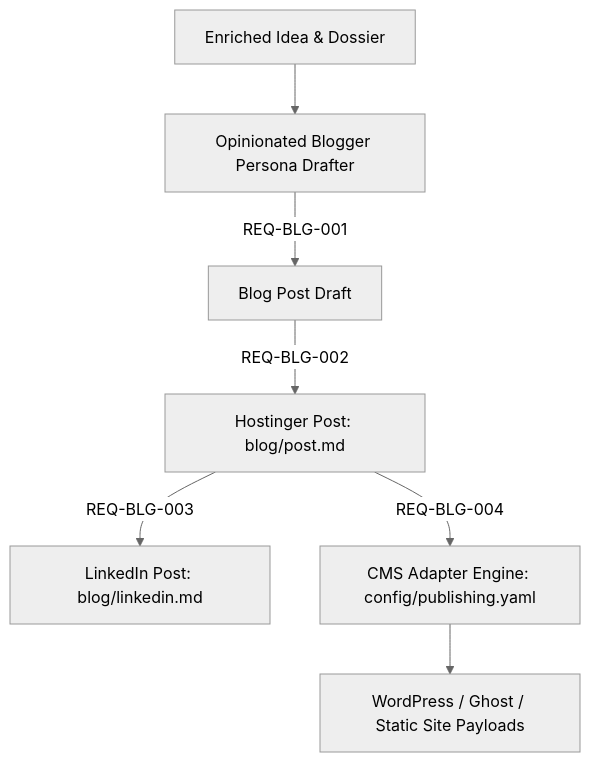
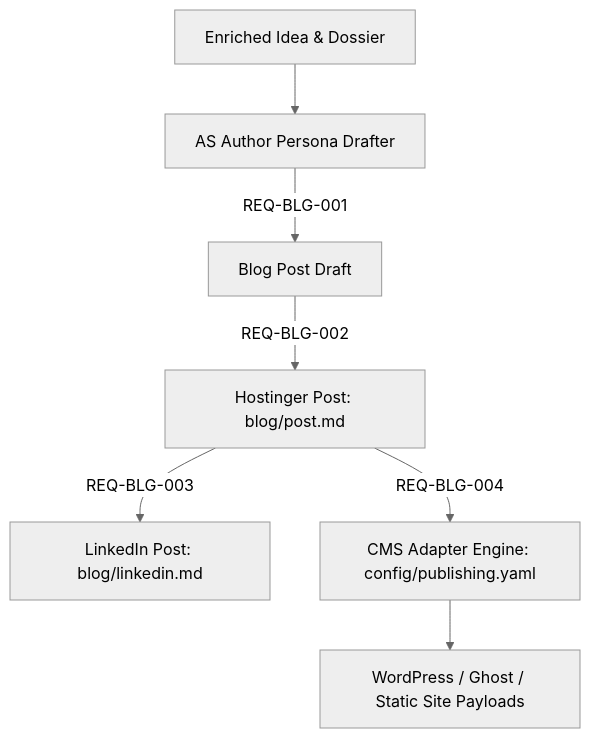
One commit to Schmoiger/100-ideas changed the fourth of 4 diagrams in artefacts/architecture/architecture.md. Above: the diagram before and after it, drawn with Mermaid (neutral theme). The commit also changed other lines of this file and 8 other files, not shown here.

Commit message:
feat(publishing): adopt AS author persona for blog publishing (#6)

````diff
--- a/artefacts/architecture/architecture.md
+++ b/artefacts/architecture/architecture.md
@@ -206,9 +206,9 @@
 ```mermaid
 graph TD
-    A[Enriched Idea & Dossier] --> B[Opinionated Blogger Persona Drafter]
+    A[Enriched Idea & Dossier] --> B[AS Author Persona Drafter]
     B -->|REQ-BLG-001| C[Blog Post Draft]
     C -->|REQ-BLG-002| D[Hostinger Post: blog/post.md]
     D -->|REQ-BLG-003| E[LinkedIn Post: blog/linkedin.md]
     D -->|REQ-BLG-004| F[CMS Adapter Engine: config/publishing.yaml]
     F --> G[WordPress / Ghost / Static Site Payloads]
 ```
````
